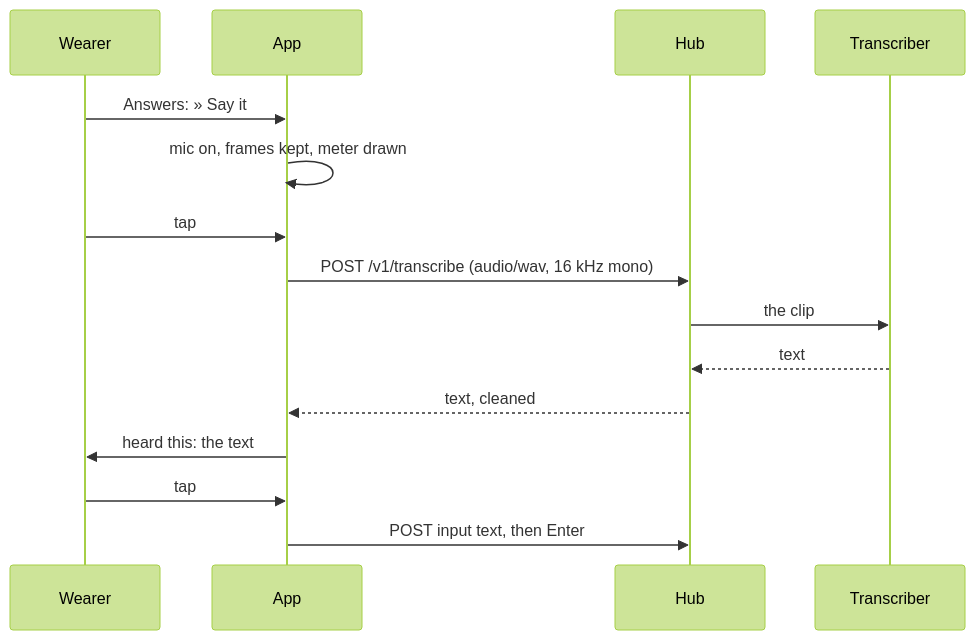
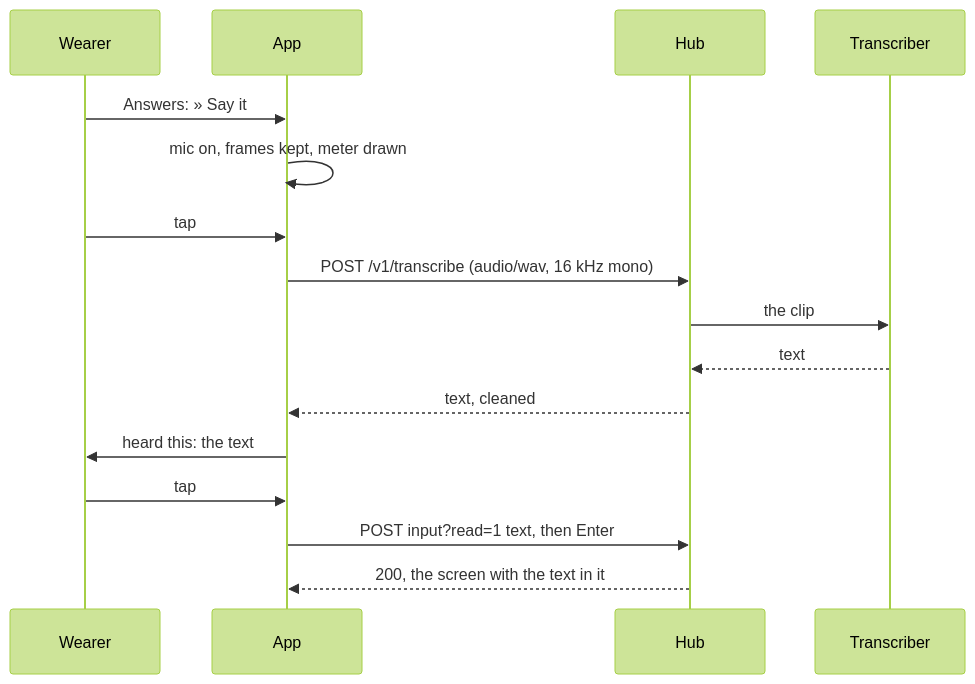
One commit to notmarkopadjen/muxway-glasses-even changed the diagram in docs/features/spoken-replies.md. Above: the diagram before and after it, drawn with Mermaid (forest theme). The commit also changed other lines of this file and 5 other files, not shown here.

````diff
--- a/docs/features/spoken-replies.md
+++ b/docs/features/spoken-replies.md
@@ -6,17 +6,18 @@
 ```mermaid
 sequenceDiagram
     participant W as Wearer
     participant A as App
     participant H as Hub
     participant S as Transcriber
     W->>A: Answers: » Say it
     A->>A: mic on, frames kept, meter drawn
     W->>A: tap
     A->>H: POST /v1/transcribe (audio/wav, 16 kHz mono)
     H->>S: the clip
     S-->>H: text
     H-->>A: text, cleaned
     A->>W: heard this: the text
     W->>A: tap
-    A->>H: POST input text, then Enter
+    A->>H: POST input?read=1 text, then Enter
+    H-->>A: 200, the screen with the text in it
 ```
````
